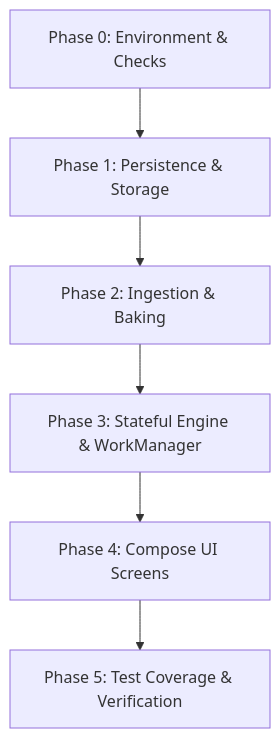
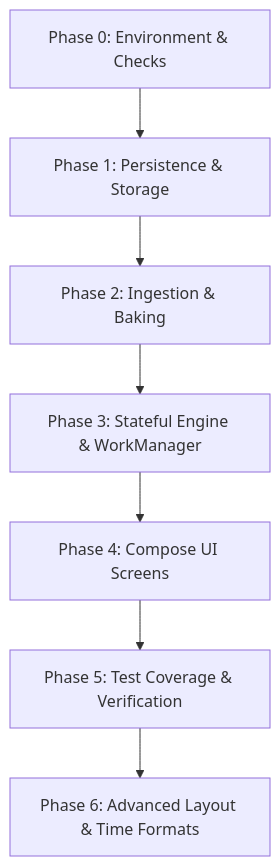
One commit to longnp91/wallpaper-scheduler changed the diagram in SPRINT_PLAN.md. Above: the diagram before and after it, drawn with Mermaid. The commit also changed other lines of this file and 4 other files, not shown here.

````diff
--- a/SPRINT_PLAN.md
+++ b/SPRINT_PLAN.md
@@ -11,8 +11,9 @@
 ```mermaid
 graph TD
     P0["Phase 0: Environment & Checks"] --> P1["Phase 1: Persistence & Storage"]
     P1 --> P2["Phase 2: Ingestion & Baking"]
     P2 --> P3["Phase 3: Stateful Engine & WorkManager"]
     P3 --> P4["Phase 4: Compose UI Screens"]
     P4 --> P5["Phase 5: Test Coverage & Verification"]
+    P5 --> P6["Phase 6: Advanced Layout & Time Formats"]
 ```
````
